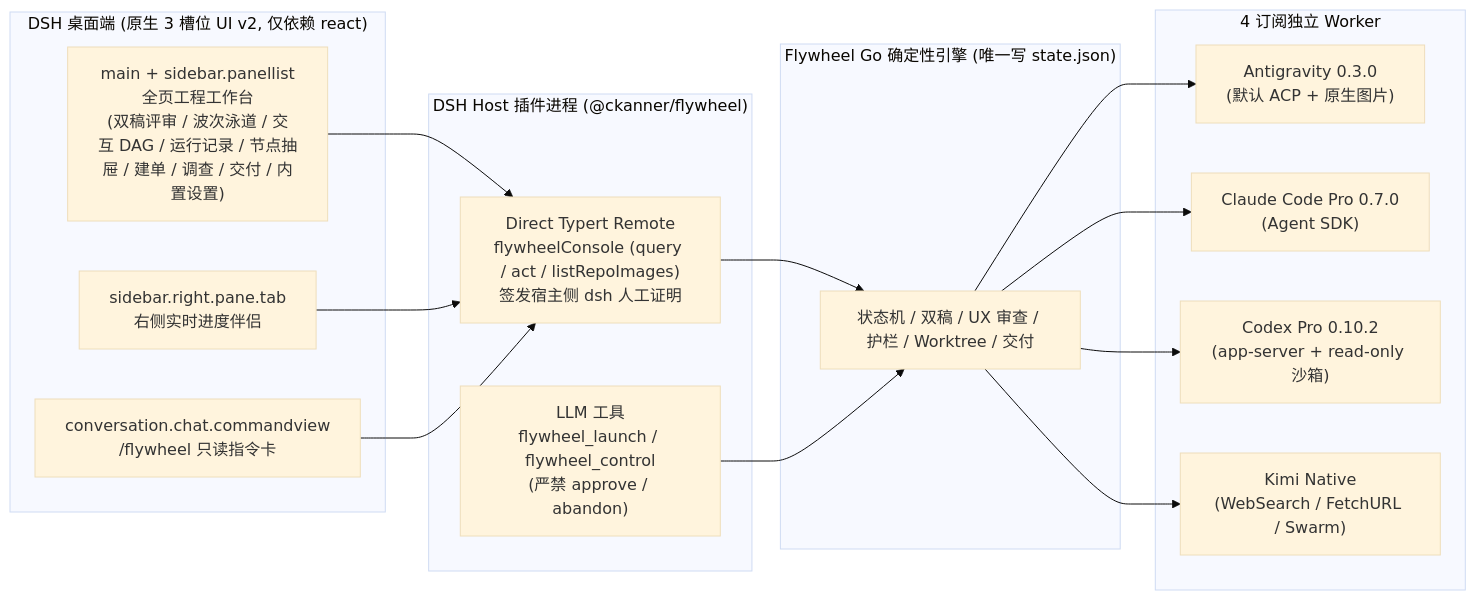
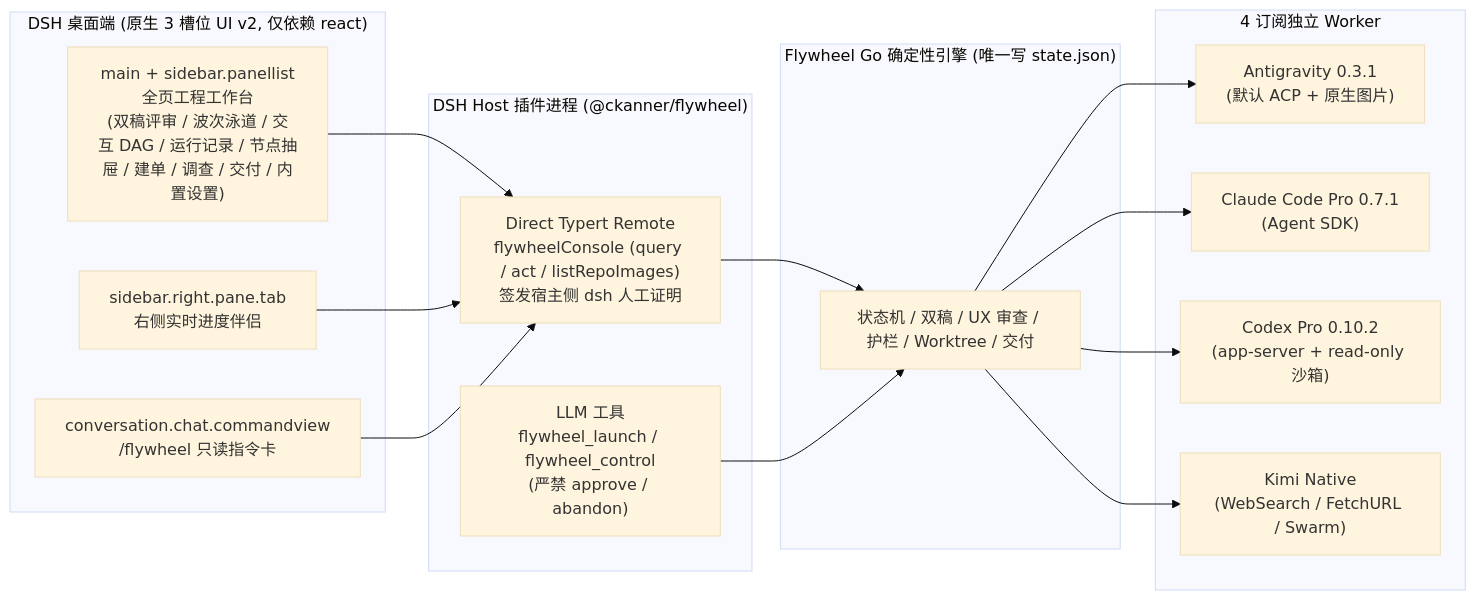
Before and after one commit to ckanner/flywheel: the third of 3 diagrams in docs/design.md, drawn with Mermaid (base theme). The commit also changed other lines of this file and 123 other files, not shown here.

````diff
--- a/docs/design.md
+++ b/docs/design.md
@@ -1155,34 +1163,34 @@
 ```mermaid
 flowchart LR
   subgraph DSH["DSH 桌面端 (原生 3 槽位 UI v2, 仅依赖 react)"]
     S1["main + sidebar.panellist\n全页工程工作台\n(双稿评审 / 波次泳道 / 交互 DAG / 运行记录 / 节点抽屉 / 建单 / 调查 / 交付 / 内置设置)"]
     S2["sidebar.right.pane.tab\n右侧实时进度伴侣"]
     S3["conversation.chat.commandview\n/flywheel 只读指令卡"]
   end
 
   subgraph HOST["DSH Host 插件进程 (@ckanner/flywheel)"]
     RPC["Direct Typert Remote\nflywheelConsole (query / act / listRepoImages)\n签发宿主侧 dsh 人工证明"]
     TOOLS["LLM 工具\nflywheel_launch / flywheel_control\n(严禁 approve / abandon)"]
   end
 
   subgraph GO["Flywheel Go 确定性引擎 (唯一写 state.json)"]
     ENG["状态机 / 双稿 / UX 审查 / 护栏 / Worktree / 交付"]
   end
 
   subgraph WORKERS["4 订阅独立 Worker"]
-    W1["Antigravity 0.3.0\n(默认 ACP + 原生图片)"]
-    W2["Claude Code Pro 0.7.0\n(Agent SDK)"]
+    W1["Antigravity 0.3.1\n(默认 ACP + 原生图片)"]
+    W2["Claude Code Pro 0.7.1\n(Agent SDK)"]
     W3["Codex Pro 0.10.2\n(app-server + read-only 沙箱)"]
     W4["Kimi Native\n(WebSearch / FetchURL / Swarm)"]
   end
 
   S1 --> RPC
   S2 --> RPC
   S3 --> RPC
   RPC --> ENG
   TOOLS --> ENG
   ENG --> W1
   ENG --> W2
   ENG --> W3
   ENG --> W4
 ```
````
